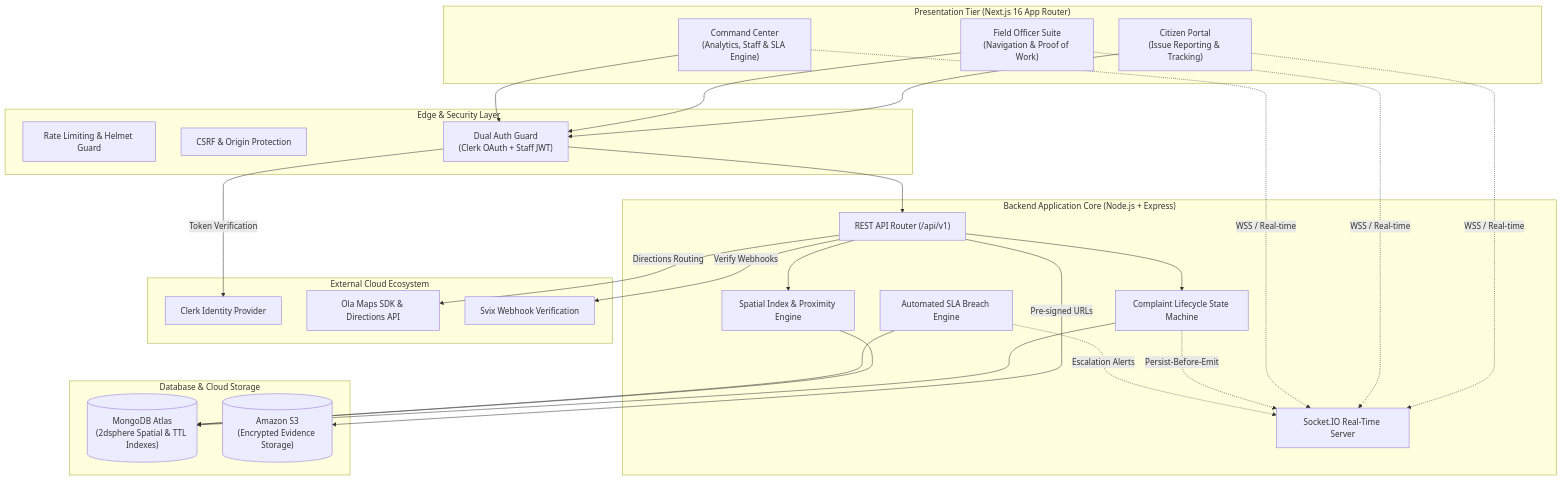
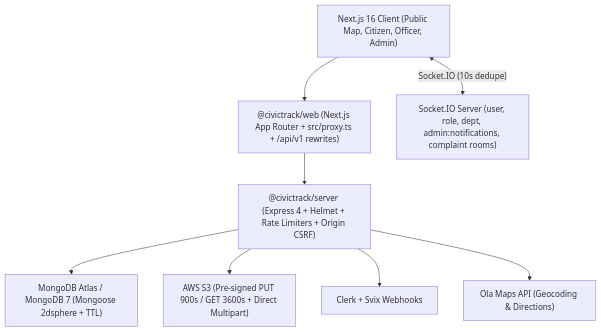
One commit to alokprasad573/CivicTrack changed the first of 2 diagrams in README.md. Above: the diagram before and after it, drawn with Mermaid. The commit also changed other lines of this file and 8 other files, not shown here.

Commit message:
Refactor documentation for CivicTrack: Update FEATURES.md, QUICKSTART.md, and TECH_STACK.md for clarity and consistency; enhance feature descriptions, environment variable details, and architectural decision records.

````diff
--- a/README.md
+++ b/README.md
@@ -76,55 +40,10 @@
 ```mermaid
 flowchart TB
-    subgraph PresentationTier["Presentation Tier (Next.js 16 App Router)"]
-        CitizenUI["Citizen Portal\n(Issue Reporting & Tracking)"]
-        OfficerUI["Field Officer Suite\n(Navigation & Proof of Work)"]
-        AdminUI["Command Center\n(Analytics, Staff & SLA Engine)"]
-    end
-
-    subgraph SecurityTier["Edge & Security Layer"]
-        RateLimit["Rate Limiting & Helmet Guard"]
-        CSRF["CSRF & Origin Protection"]
-        DualAuth["Dual Auth Guard\n(Clerk OAuth + Staff JWT)"]
-    end
-
-    subgraph CoreServicesTier["Backend Application Core (Node.js + Express)"]
-        RESTRouter["REST API Router (/api/v1)"]
-        SocketServer["Socket.IO Real-Time Server"]
-        WorkflowSM["Complaint Lifecycle State Machine"]
-        SlaEngine["Automated SLA Breach Engine"]
-        GeoEngine["Spatial Index & Proximity Engine"]
-    end
-
-    subgraph PersistenceTier["Database & Cloud Storage"]
-        MongoDB[("MongoDB Atlas\n(2dsphere Spatial & TTL Indexes)")]
-        S3Bucket[("Amazon S3\n(Encrypted Evidence Storage)")]
-    end
-
-    subgraph CloudEcosystem["External Cloud Ecosystem"]
-        ClerkSvc["Clerk Identity Provider"]
-        OlaMapsSvc["Ola Maps SDK & Directions API"]
-        SvixSvc["Svix Webhook Verification"]
-    end
-
-    %% Client traffic
-    CitizenUI --> DualAuth
-    OfficerUI --> DualAuth
-    AdminUI --> DualAuth
-    CitizenUI -.->|WSS / Real-time| SocketServer
-    OfficerUI -.->|WSS / Real-time| SocketServer
-    AdminUI -.->|WSS / Real-time| SocketServer
-
-    DualAuth --> RESTRouter
-    RESTRouter --> WorkflowSM
-    RESTRouter --> GeoEngine
-    RESTRouter -->|Pre-signed URLs| S3Bucket
-    RESTRouter -->|Directions Routing| OlaMapsSvc
-    RESTRouter -->|Verify Webhooks| SvixSvc
-    DualAuth -->|Token Verification| ClerkSvc
-
-    WorkflowSM --> MongoDB
-    GeoEngine --> MongoDB
-    SlaEngine --> MongoDB
-    WorkflowSM -.->|Persist-Before-Emit| SocketServer
-    SlaEngine -.->|Escalation Alerts| SocketServer
+    Browser["Next.js 16 Client (Public Map, Citizen, Officer, Admin)"] --> Web["@civictrack/web (Next.js App Router + src/proxy.ts + /api/v1 rewrites)"]
+    Web --> API["@civictrack/server (Express 4 + Helmet + Rate Limiters + Origin CSRF)"]
+    Browser <-->|"Socket.IO (10s dedupe)"| Socket["Socket.IO Server (user, role, dept, admin:notifications, complaint rooms)"]
+    API --> Mongo["MongoDB Atlas / MongoDB 7 (Mongoose 2dsphere + TTL)"]
+    API --> S3["AWS S3 (Pre-signed PUT 900s / GET 3600s + Direct Multipart)"]
+    API --> Clerk["Clerk + Svix Webhooks"]
+    API --> Ola["Ola Maps API (Geocoding & Directions)"]
 ```
````
